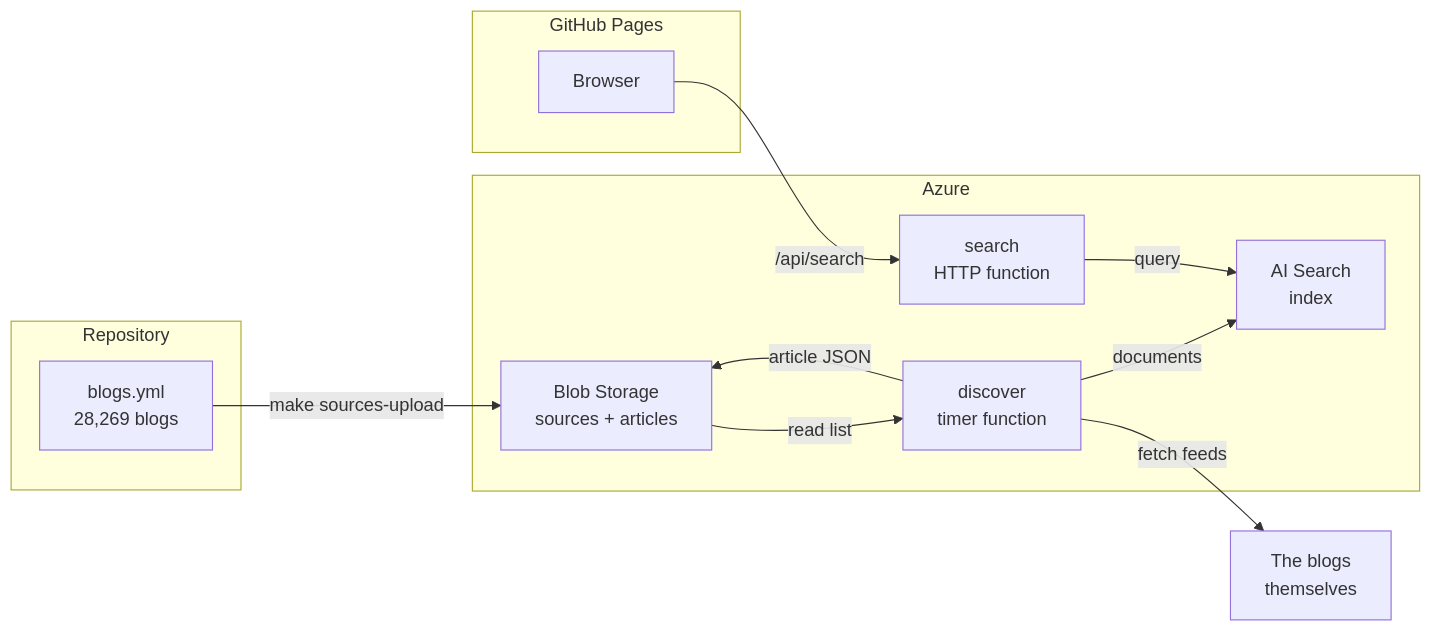
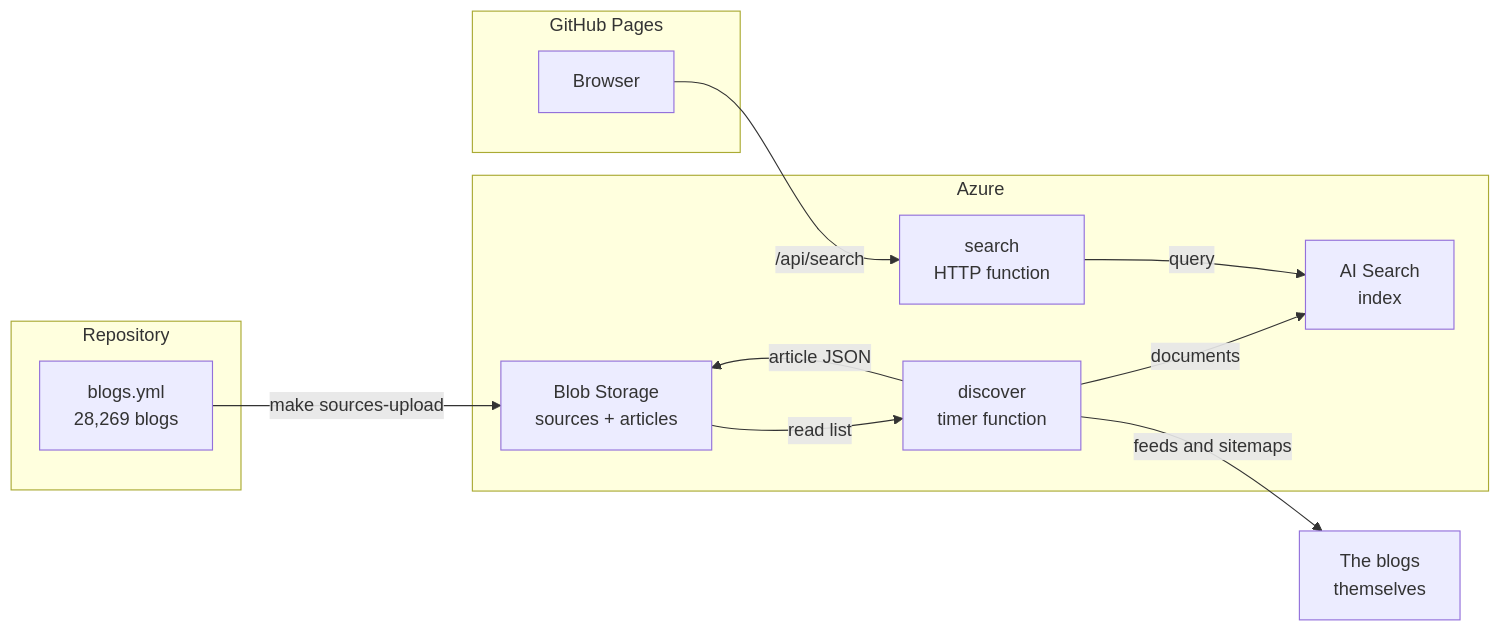
The first of 5 diagrams in docs/how-it-works.md (GitPaulo/blogme), drawn with Mermaid before and after one commit. The commit also changed other lines of this file and 3 other files, not shown here.

````diff
--- a/docs/how-it-works.md
+++ b/docs/how-it-works.md
@@ -13,25 +13,25 @@
 ```mermaid
 flowchart LR
     subgraph Git["Repository"]
         Y["blogs.yml<br/>28,269 blogs"]
     end
 
     subgraph Azure["Azure"]
         B["Blob Storage<br/>sources + articles"]
         D["discover<br/>timer function"]
         S["AI Search<br/>index"]
         A["search<br/>HTTP function"]
     end
 
     subgraph Web["GitHub Pages"]
         U["Browser"]
     end
 
     Y -->|make sources-upload| B
     B -->|read list| D
-    D -->|fetch feeds| Blogs["The blogs<br/>themselves"]
+    D -->|feeds and sitemaps| Blogs["The blogs<br/>themselves"]
     D -->|article JSON| B
     D -->|documents| S
     U -->|/api/search| A
     A -->|query| S
 ```
````
